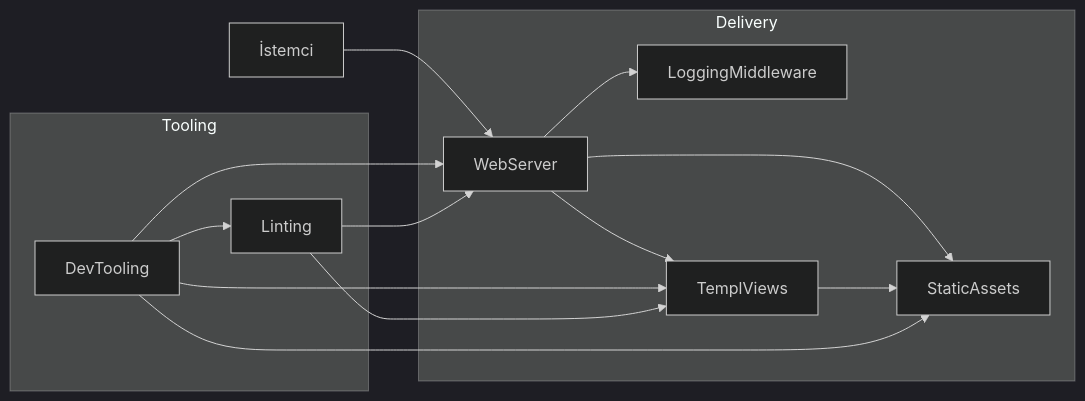
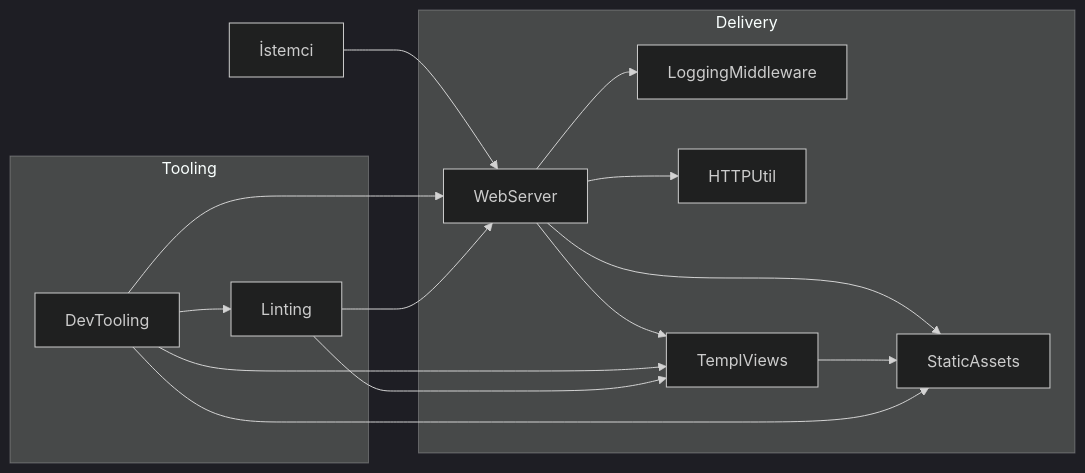
Before and after one commit to ozkansen/ozkansen.com: the first of 3 diagrams in docs/wiki/Index.md, drawn with Mermaid (dark theme). The commit also changed other lines of this file and 6 other files, not shown here.

````diff
--- a/docs/wiki/Index.md
+++ b/docs/wiki/Index.md
@@ -11,26 +11,28 @@
 ```mermaid
 flowchart LR
     subgraph Delivery
         WebServer
         LoggingMiddleware
+        HTTPUtil
         TemplViews
         StaticAssets
     end
 
     subgraph Tooling
         DevTooling
         Linting
     end
 
     Client[İstemci] --> WebServer
     WebServer --> LoggingMiddleware
+    WebServer --> HTTPUtil
     WebServer --> TemplViews
     WebServer --> StaticAssets
     TemplViews --> StaticAssets
     DevTooling --> TemplViews
     DevTooling --> StaticAssets
     DevTooling --> WebServer
     DevTooling --> Linting
     Linting --> WebServer
     Linting --> TemplViews
 ```
````
